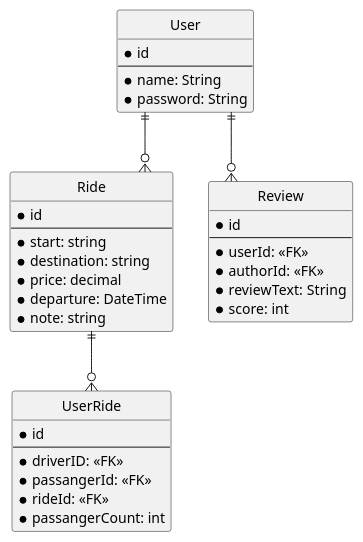
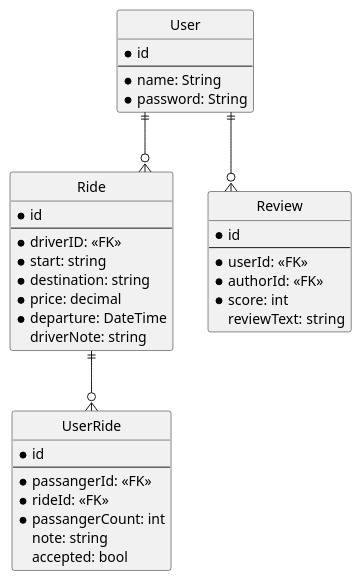
Before and after one commit to Qas1modo/pv239-project: the diagram in Diagrams/erd.puml, drawn with PlantUML. The commit also changed 49 other files, not shown here.

```diff
--- a/Diagrams/erd.puml
+++ b/Diagrams/erd.puml
@@ -1,48 +1,50 @@
 @startuml erd
 
 hide circle
 
 skinparam linetype ortho
 
 Entity User {
     * id
     --
     * name: String
     * password: String
 }
 
 
 Entity Ride {
   * id
   --
+  * driverID: <<FK>>
   * start: string
   * destination: string
   * price: decimal
   * departure: DateTime
-  * note: string
+  driverNote: string
 }
 
 Entity Review {
     * id
     ---
     * userId: <<FK>>
     * authorId: <<FK>>
-    * reviewText: String
     * score: int
+    reviewText: string
 }
 
 Entity UserRide {
     * id
     --
-    * driverID: <<FK>>
     * passangerId: <<FK>>
     * rideId: <<FK>>
     * passangerCount: int
+    note: string
+    accepted: bool
 }
 
 
 User ||--o{ Ride
 User ||--o{ Review
 Ride ||--o{ UserRide
 
 @enduml
```
